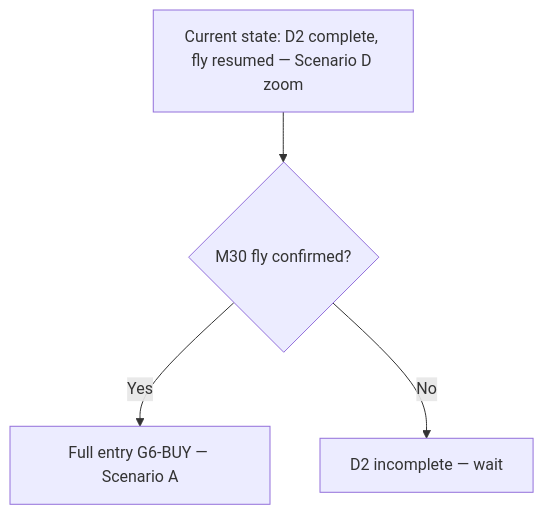
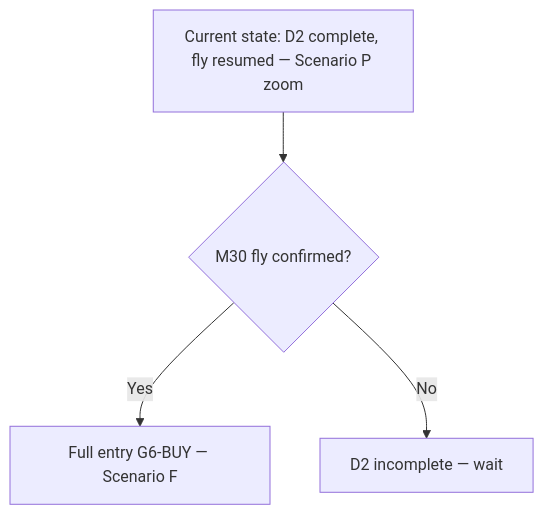
The fifth of 12 diagrams in references/IMAGE_ANALYSIS.md (Terrypang89/BB_MTF_M15_STRATEGY), drawn with Mermaid before and after one commit. The commit also changed other lines of this file and 12 other files, not shown here.

````diff
--- a/references/IMAGE_ANALYSIS.md
+++ b/references/IMAGE_ANALYSIS.md
@@ -339,7 +339,7 @@
 ```mermaid
 flowchart TD
-    A["Current state: D2 complete, fly resumed — Scenario D zoom"]
+    A["Current state: D2 complete, fly resumed — Scenario P zoom"]
     A --> B{"M30 fly confirmed?"}
-    B -->|Yes| C["Full entry G6-BUY — Scenario A"]
+    B -->|Yes| C["Full entry G6-BUY — Scenario F"]
     B -->|No| D["D2 incomplete — wait"]
 ```
````
